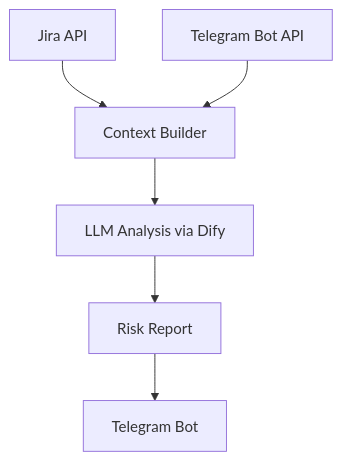
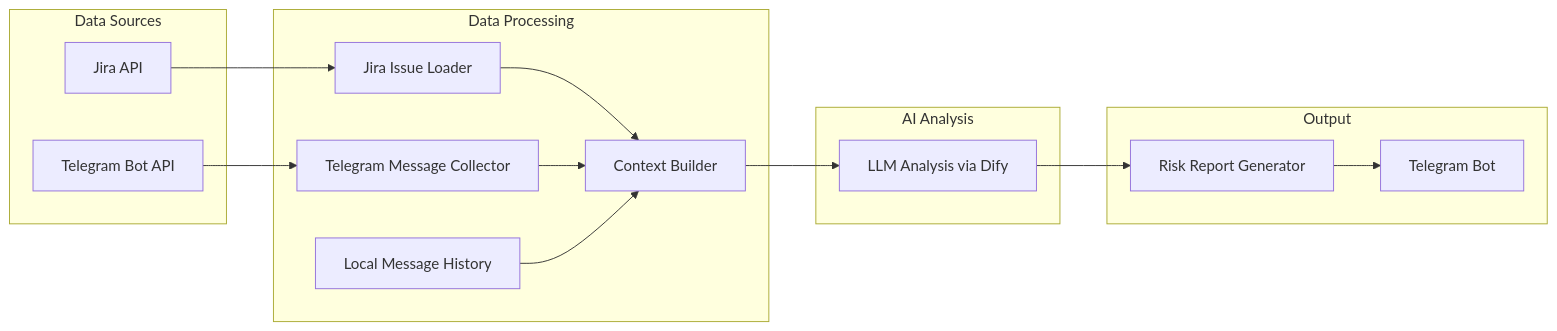
One commit to JuliaNeverova702/argus-project-risk-analyzer changed the diagram in README.md. Above: the diagram before and after it, drawn with Mermaid. The commit also changed other lines of this file, not shown here.

````diff
--- a/README.md
+++ b/README.md
@@ -23,14 +25,35 @@
 ```mermaid
-flowchart TD
+flowchart LR
 
-Jira[Jira API] --> Context
-Telegram[Telegram Bot API] --> Context
+subgraph Data Sources
+Jira[Jira API]
+Telegram[Telegram Bot API]
+end
 
+subgraph Data Processing
+Loader[Jira Issue Loader]
+Collector[Telegram Message Collector]
+History[Local Message History]
 Context[Context Builder]
+end
 
-Context --> LLM[LLM Analysis via Dify]
+subgraph AI Analysis
+LLM[LLM Analysis via Dify]
+end
 
-LLM --> Report[Risk Report]
+subgraph Output
+Report[Risk Report Generator]
+Bot[Telegram Bot]
+end
 
-Report --> TelegramBot[Telegram Bot]
+Jira --> Loader
+Telegram --> Collector
+
+Loader --> Context
+Collector --> Context
+History --> Context
+
+Context --> LLM
+LLM --> Report
+Report --> Bot
 ```
````
